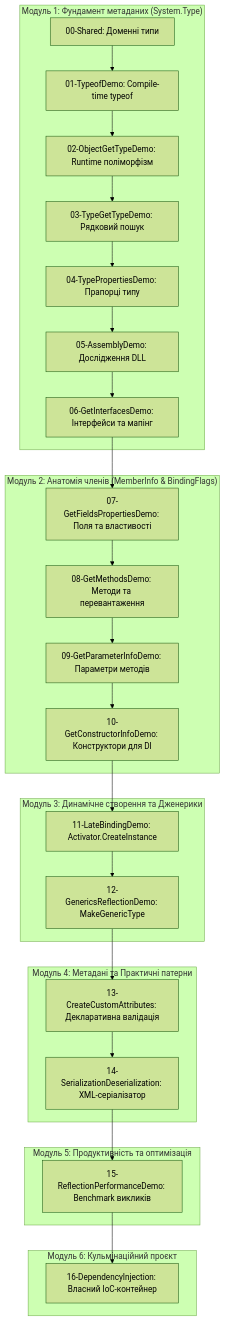
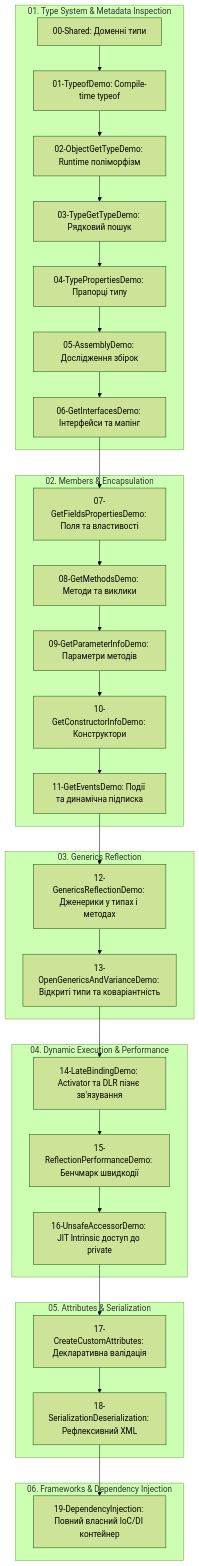
The diagram in 06-Advanced-DotNet/02-Reflection-And-Metadata/Docs/00_Curriculum_And_Roadmap.md (MrTomkaYurii/CSharp-OOP-Mastery), drawn with Mermaid (forest theme) before and after one commit. The commit also changed other lines of this file and 47 other files, not shown here.

Commit message:
refactor(reflection): organize into solution folders, add missing EventInfo, OpenGenerics, and UnsafeAccessor projects, and update comprehensive docs

````diff
--- a/06-Advanced-DotNet/02-Reflection-And-Metadata/Docs/00_Curriculum_And_Roadmap.md
+++ b/06-Advanced-DotNet/02-Reflection-And-Metadata/Docs/00_Curriculum_And_Roadmap.md
@@ -42,36 +42,39 @@
 ```mermaid
 flowchart TD
-    subgraph M1["Модуль 1: Фундамент метаданих (System.Type)"]
-        S0["00-Shared: Доменні типи"] --> S1["01-TypeofDemo: Compile-time typeof"]
-        S1 --> S2["02-ObjectGetTypeDemo: Runtime поліморфізм"]
-        S2 --> S3["03-TypeGetTypeDemo: Рядковий пошук"]
-        S3 --> S4["04-TypePropertiesDemo: Прапорці типу"]
-        S4 --> S5["05-AssemblyDemo: Дослідження DLL"]
-        S5 --> S6["06-GetInterfacesDemo: Інтерфейси та мапінг"]
+    subgraph S1["01. Type System & Metadata Inspection"]
+        P0["00-Shared: Доменні типи"] --> P1["01-TypeofDemo: Compile-time typeof"]
+        P1 --> P2["02-ObjectGetTypeDemo: Runtime поліморфізм"]
+        P2 --> P3["03-TypeGetTypeDemo: Рядковий пошук"]
+        P3 --> P4["04-TypePropertiesDemo: Прапорці типу"]
+        P4 --> P5["05-AssemblyDemo: Дослідження збірок"]
+        P5 --> P6["06-GetInterfacesDemo: Інтерфейси та мапінг"]
     end
 
-    subgraph M2["Модуль 2: Анатомія членів (MemberInfo & BindingFlags)"]
-        S6 --> S7["07-GetFieldsPropertiesDemo: Поля та властивості"]
-        S7 --> S8["08-GetMethodsDemo: Методи та перевантаження"]
-        S8 --> S9["09-GetParameterInfoDemo: Параметри методів"]
-        S9 --> S10["10-GetConstructorInfoDemo: Конструктори для DI"]
+    subgraph S2["02. Members & Encapsulation"]
+        P6 --> P7["07-GetFieldsPropertiesDemo: Поля та властивості"]
+        P7 --> P8["08-GetMethodsDemo: Методи та виклики"]
+        P8 --> P9["09-GetParameterInfoDemo: Параметри методів"]
+        P9 --> P10["10-GetConstructorInfoDemo: Конструктори"]
+        P10 --> P11["11-GetEventsDemo: Події та динамічна підписка"]
     end
 
-    subgraph M3["Модуль 3: Динамічне створення та Дженерики"]
-        S10 --> S11["11-LateBindingDemo: Activator.CreateInstance"]
-        S11 --> S12["12-GenericsReflectionDemo: MakeGenericType"]
+    subgraph S3["03. Generics Reflection"]
+        P11 --> P12["12-GenericsReflectionDemo: Дженерики у типах і методах"]
+        P12 --> P13["13-OpenGenericsAndVarianceDemo: Відкриті типи та коваріантність"]
     end
 
-    subgraph M4["Модуль 4: Метадані та Практичні патерни"]
-        S12 --> S13["13-CreateCustomAttributes: Декларативна валідація"]
-        S13 --> S14["14-SerializationDeserialization: XML-серіалізатор"]
+    subgraph S4["04. Dynamic Execution & Performance"]
+        P13 --> P14["14-LateBindingDemo: Activator та DLR пізнє зв'язування"]
+        P14 --> P15["15-ReflectionPerformanceDemo: Бенчмарк швидкодії"]
+        P15 --> P16["16-UnsafeAccessorDemo: JIT Intrinsic доступ до private"]
     end
 
-    subgraph M5["Модуль 5: Продуктивність та оптимізація"]
-        S14 --> S15["15-ReflectionPerformanceDemo: Benchmark викликів"]
+    subgraph S5["05. Attributes & Serialization"]
+        P16 --> P17["17-CreateCustomAttributes: Декларативна валідація"]
+        P17 --> P18["18-SerializationDeserialization: Рефлексивний XML"]
     end
 
-    subgraph M6["Модуль 6: Кульмінаційний проєкт"]
-        S15 --> S16["16-DependencyInjection: Власний IoC-контейнер"]
+    subgraph S6["06. Frameworks & Dependency Injection"]
+        P18 --> P19["19-DependencyInjection: Повний власний IoC/DI контейнер"]
     end
 ```
````
